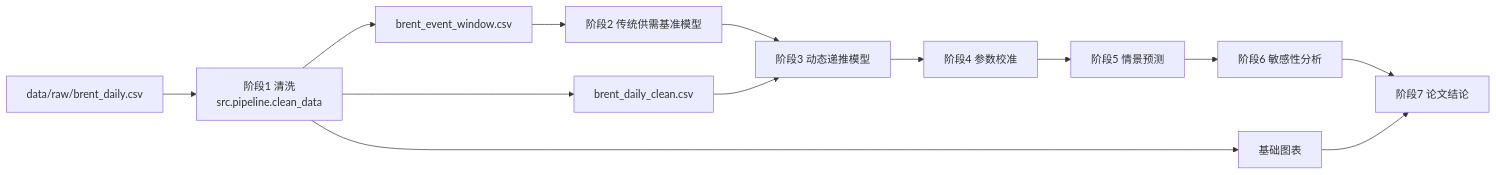
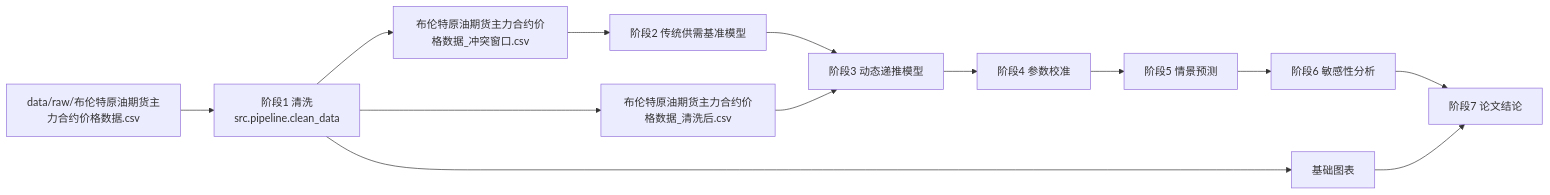
The first of 2 diagrams in docs/06_建模流程设计.md (Timcai06/-A-), drawn with Mermaid before and after one commit. The commit also changed 25 other files, not shown here.

````diff
--- a/docs/06_建模流程设计.md
+++ b/docs/06_建模流程设计.md
@@ -17,17 +17,17 @@
 ```mermaid
 flowchart LR
-    Raw["data/raw/brent_daily.csv"] --> Clean["阶段1 清洗<br/>src.pipeline.clean_data"]
-    Clean --> Full["brent_daily_clean.csv"]
-    Clean --> Event["brent_event_window.csv"]
+    Raw["data/raw/布伦特原油期货主力合约价格数据.csv"] --> Clean["阶段1 清洗<br/>src.pipeline.clean_data"]
+    Clean --> Full["布伦特原油期货主力合约价格数据_清洗后.csv"]
+    Clean --> Event["布伦特原油期货主力合约价格数据_冲突窗口.csv"]
     Clean --> Figs["基础图表"]
 
     Event --> Baseline["阶段2 传统供需基准模型"]
     Baseline --> Dynamic["阶段3 动态递推模型"]
     Dynamic --> Calib["阶段4 参数校准"]
     Calib --> Scenario["阶段5 情景预测"]
     Scenario --> Sens["阶段6 敏感性分析"]
     Sens --> Paper["阶段7 论文结论"]
 
     Full --> Dynamic
     Figs --> Paper
 ```
````
